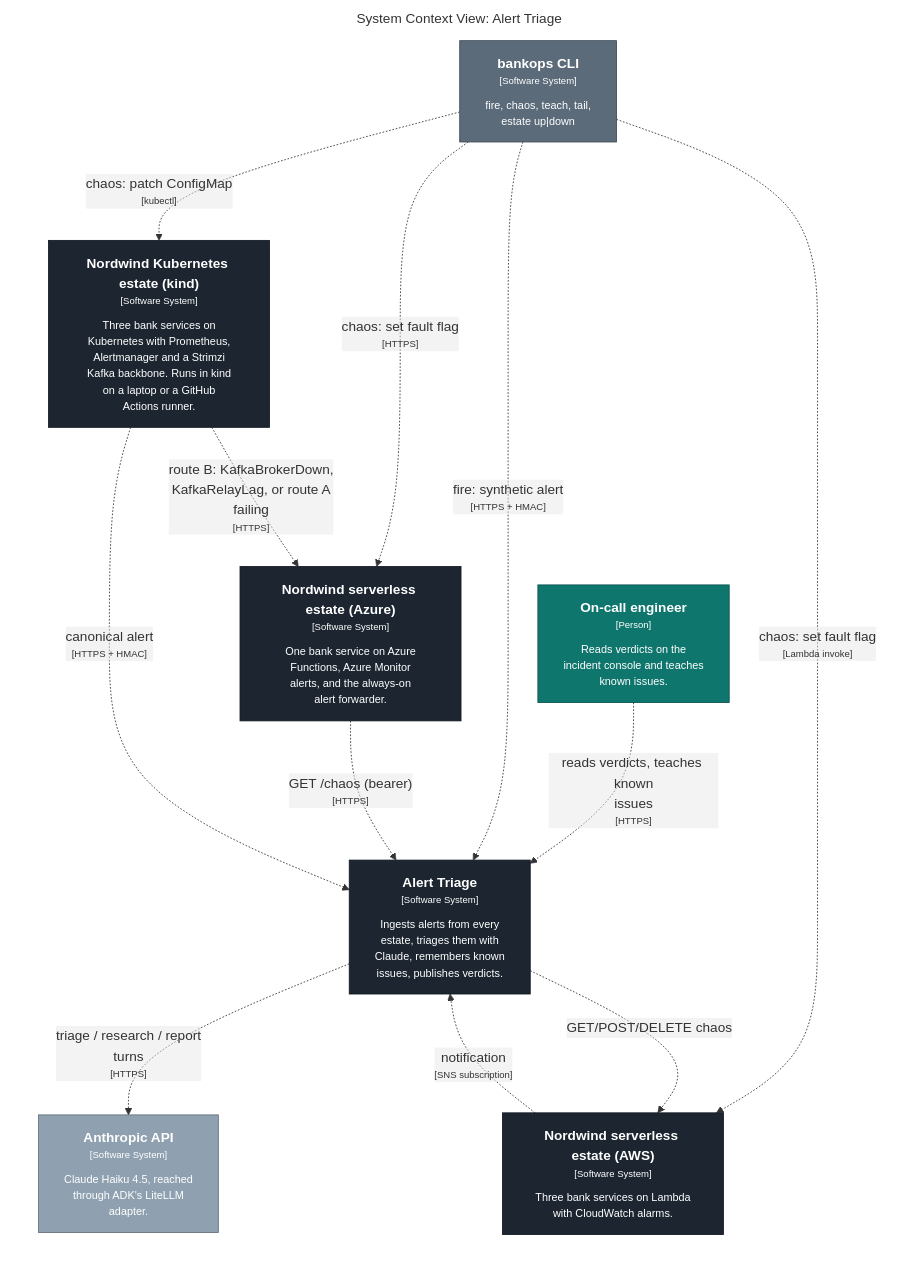
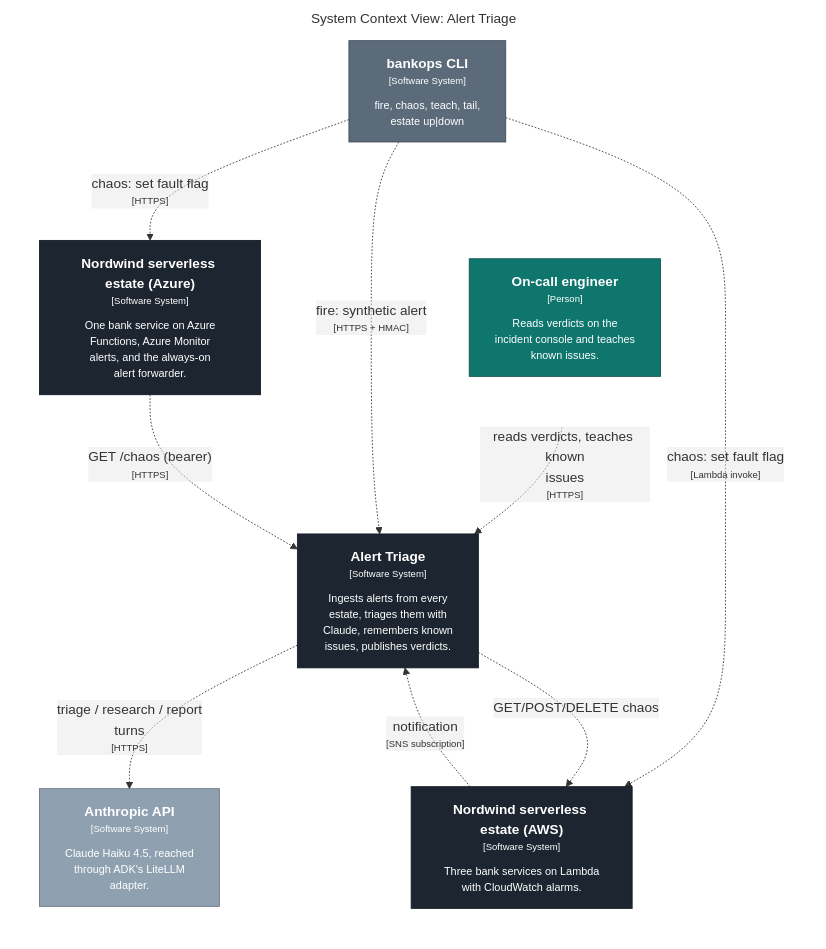
The first of 6 diagrams in docs/c4/generated/README.md (KucherenkoSerhiy/oncall-triage), drawn with Mermaid before and after one commit. The commit also changed other lines of this file and 30 other files, not shown here.

First line of the commit message:
feat(estate-k8s): M6b kind cluster config, task estate-up/down/status/chaos-k8s, estate scenarios + estate-demo.yml v1, kubernetes runbook, C4 kind deployment view (#61)

````diff
--- a/docs/c4/generated/README.md
+++ b/docs/c4/generated/README.md
@@ -7,36 +7,31 @@
 ```mermaid
 graph LR
   linkStyle default fill:#ffffff
 
   subgraph diagram ["System Context View: Alert Triage"]
     style diagram fill:#ffffff,stroke:#ffffff
 
     1["<div style='font-weight: bold'>On-call engineer</div><div style='font-size: 70%; margin-top: 0px'>[Person]</div><div style='font-size: 80%; margin-top:10px'>Reads verdicts on the<br />incident console and teaches<br />known issues.</div>"]
     style 1 fill:#0f766e,stroke:#0a524d,color:#ffffff
     20["<div style='font-weight: bold'>Nordwind serverless estate (AWS)</div><div style='font-size: 70%; margin-top: 0px'>[Software System]</div><div style='font-size: 80%; margin-top:10px'>Three bank services on Lambda<br />with CloudWatch alarms.</div>"]
     style 20 fill:#1c2530,stroke:#131921,color:#ffffff
     27["<div style='font-weight: bold'>Nordwind serverless estate (Azure)</div><div style='font-size: 70%; margin-top: 0px'>[Software System]</div><div style='font-size: 80%; margin-top:10px'>One bank service on Azure<br />Functions, Azure Monitor<br />alerts, and the always-on<br />alert forwarder.</div>"]
     style 27 fill:#1c2530,stroke:#131921,color:#ffffff
     3["<div style='font-weight: bold'>Anthropic API</div><div style='font-size: 70%; margin-top: 0px'>[Software System]</div><div style='font-size: 80%; margin-top:10px'>Claude Haiku 4.5, reached<br />through ADK's LiteLLM<br />adapter.</div>"]
     style 3 fill:#8fa1b0,stroke:#64707b,color:#ffffff
-    32["<div style='font-weight: bold'>Nordwind Kubernetes estate (kind)</div><div style='font-size: 70%; margin-top: 0px'>[Software System]</div><div style='font-size: 80%; margin-top:10px'>Three bank services on<br />Kubernetes with Prometheus,<br />Alertmanager and a Strimzi<br />Kafka backbone. Runs in kind<br />on a laptop or a GitHub<br />Actions runner.</div>"]
-    style 32 fill:#1c2530,stroke:#131921,color:#ffffff
     4["<div style='font-weight: bold'>bankops CLI</div><div style='font-size: 70%; margin-top: 0px'>[Software System]</div><div style='font-size: 80%; margin-top:10px'>fire, chaos, teach, tail,<br />estate up|down</div>"]
     style 4 fill:#5b6b7a,stroke:#3f4a55,color:#ffffff
     5["<div style='font-weight: bold'>Alert Triage</div><div style='font-size: 70%; margin-top: 0px'>[Software System]</div><div style='font-size: 80%; margin-top:10px'>Ingests alerts from every<br />estate, triages them with<br />Claude, remembers known<br />issues, publishes verdicts.</div>"]
     style 5 fill:#1c2530,stroke:#131921,color:#ffffff
 
-    5-. "<div>triage / research / report<br />turns</div><div style='font-size: 70%'>[HTTPS]</div>" .->3
     1-. "<div>reads verdicts, teaches known<br />issues</div><div style='font-size: 70%'>[HTTPS]</div>" .->5
     4-. "<div>fire: synthetic alert</div><div style='font-size: 70%'>[HTTPS + HMAC]</div>" .->5
     4-. "<div>chaos: set fault flag</div><div style='font-size: 70%'>[Lambda invoke]</div>" .->20
     4-. "<div>chaos: set fault flag</div><div style='font-size: 70%'>[HTTPS]</div>" .->27
-    4-. "<div>chaos: patch ConfigMap</div><div style='font-size: 70%'>[kubectl]</div>" .->32
     20-. "<div>notification</div><div style='font-size: 70%'>[SNS subscription]</div>" .->5
     5-. "<div>GET/POST/DELETE chaos</div><div style='font-size: 70%'></div>" .->20
     27-. "<div>GET /chaos (bearer)</div><div style='font-size: 70%'>[HTTPS]</div>" .->5
-    32-. "<div>canonical alert</div><div style='font-size: 70%'>[HTTPS + HMAC]</div>" .->5
-    32-. "<div>route B: KafkaBrokerDown,<br />KafkaRelayLag, or route A<br />failing</div><div style='font-size: 70%'>[HTTPS]</div>" .->27
+    5-. "<div>triage / research / report<br />turns</div><div style='font-size: 70%'>[HTTPS]</div>" .->3
 
   end
 ```
````
